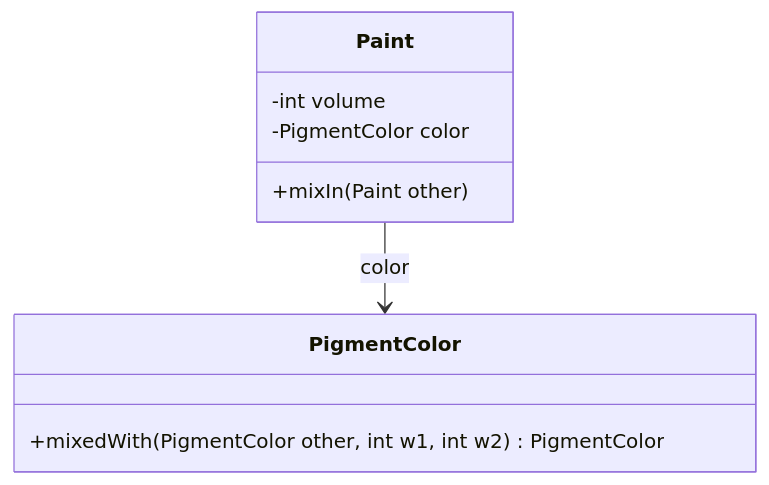
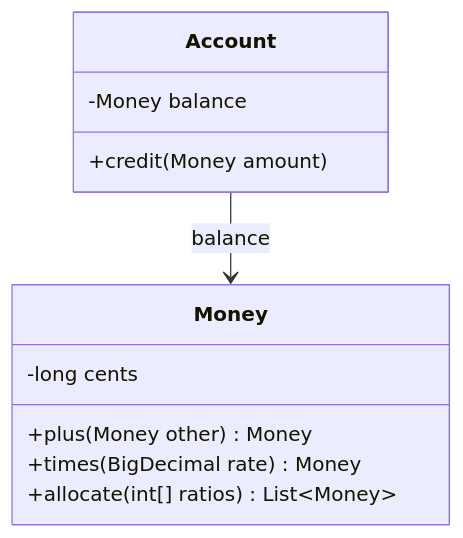
One commit to alancesar/design-patterns changed the diagram in docs/design/ddd/supple-design/side-effect-free-functions.md. Above: the diagram before and after it, drawn with Mermaid. The commit also changed other lines of this file and 67 other files, not shown here.

First line of the commit message:
Switch DDD examples and diagrams to fintech scenarios

````diff
--- a/docs/design/ddd/supple-design/side-effect-free-functions.md
+++ b/docs/design/ddd/supple-design/side-effect-free-functions.md
@@ -54,12 +54,14 @@
 ```mermaid
 classDiagram
-    class Paint {
-        -int volume
-        -PigmentColor color
-        +mixIn(Paint other)
+    class Account {
+        -Money balance
+        +credit(Money amount)
     }
-    class PigmentColor {
-        +mixedWith(PigmentColor other, int w1, int w2) PigmentColor
+    class Money {
+        -long cents
+        +plus(Money other) Money
+        +times(BigDecimal rate) Money
+        +allocate(int[] ratios) List~Money~
     }
-    Paint --> PigmentColor : color
+    Account --> Money : balance
 ```
````
